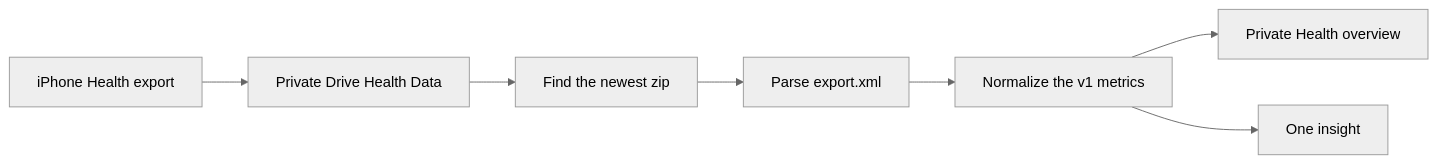
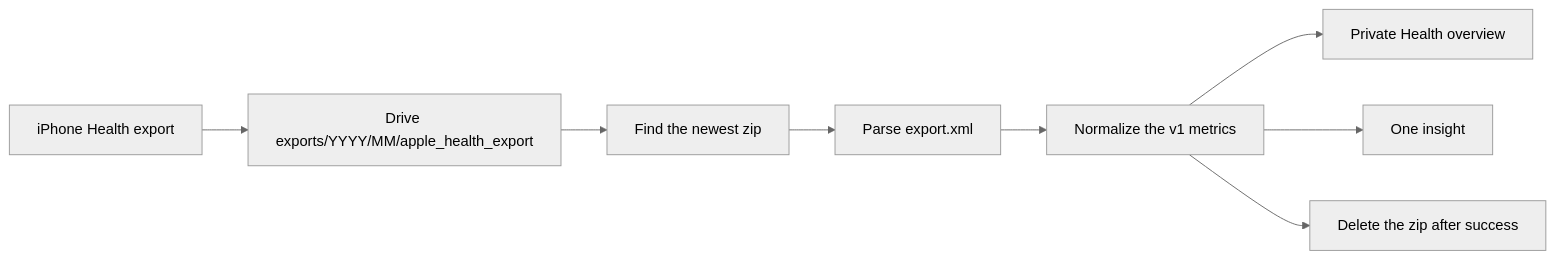
One commit to akashnaren/apple-health-insights changed the first of 3 diagrams in README.md. Above: the diagram before and after it, drawn with Mermaid (neutral theme). The commit also changed other lines of this file and 1 other file, not shown here.

First line of the commit message:
Document Drive exports under year and month

````diff
--- a/README.md
+++ b/README.md
@@ -33,13 +33,15 @@
 ```mermaid
 flowchart LR
   phone[iPhone Health export]
-  drive[Private Drive Health Data]
+  drive["Drive exports/YYYY/MM/apple_health_export"]
   detect[Find the newest zip]
   parse[Parse export.xml]
   rollup[Normalize the v1 metrics]
   overview[Private Health overview]
   insight[One insight]
+  deleteZip[Delete the zip after success]
   phone --> drive --> detect --> parse --> rollup
   rollup --> overview
   rollup --> insight
+  rollup --> deleteZip
 ```
````
